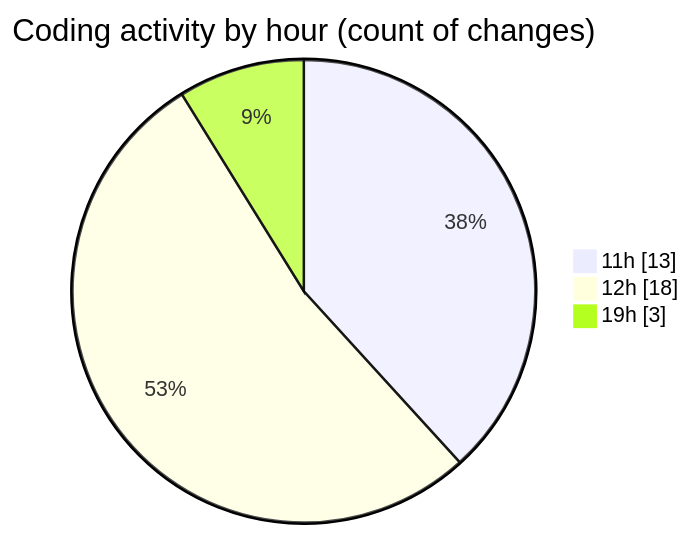
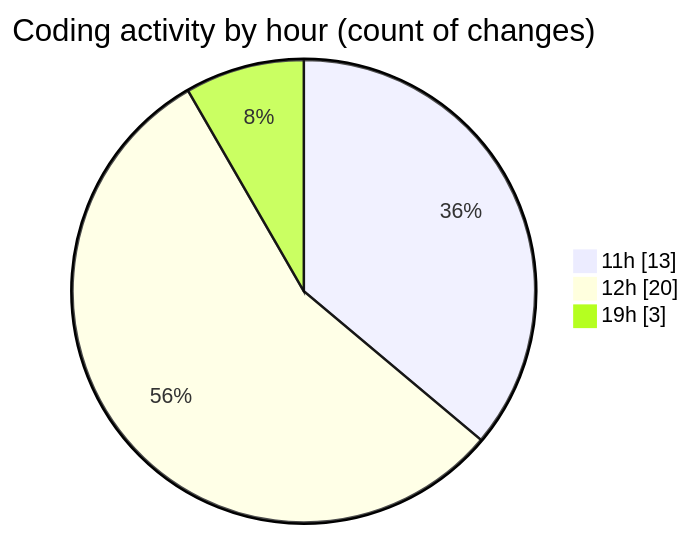
Before and after one commit to nxtqubesakshisongat/code-tracking: the second of 2 diagrams in 2025-12-14/nxtqube_webapp/README.md, drawn with Mermaid. The commit also changed other lines of this file and 1 other file, not shown here.

````diff
--- a/2025-12-14/nxtqube_webapp/README.md
+++ b/2025-12-14/nxtqube_webapp/README.md
@@ -31,7 +31,7 @@
 ```mermaid
 pie showData
 title Coding activity by hour (count of changes)
 "11h" : 13
-"12h" : 18
+"12h" : 20
 "19h" : 3
 ```
````
